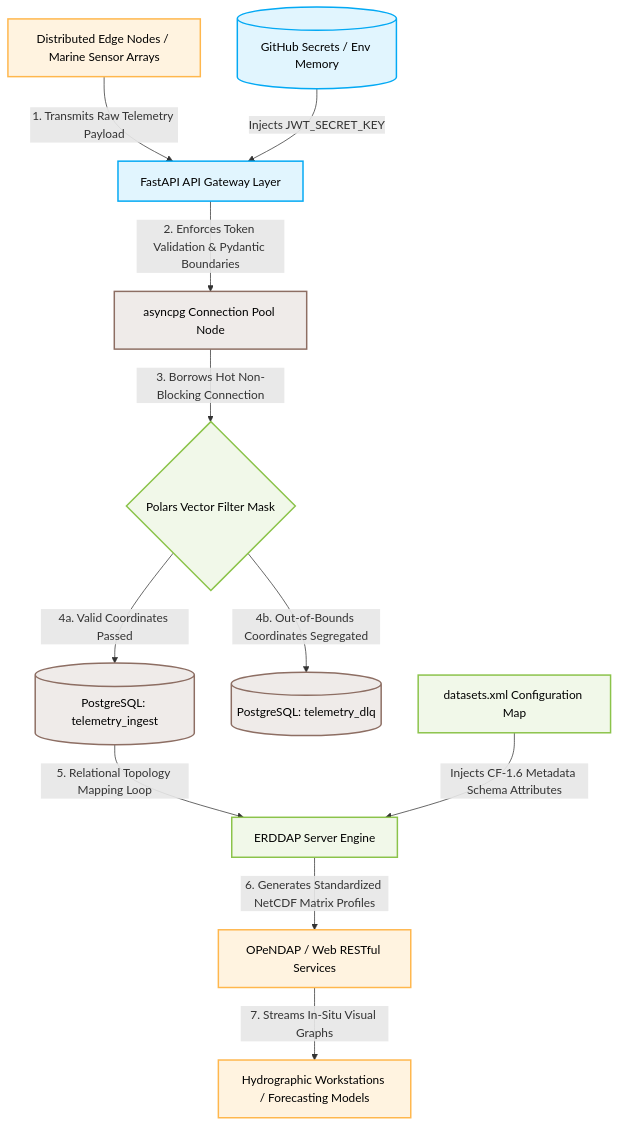
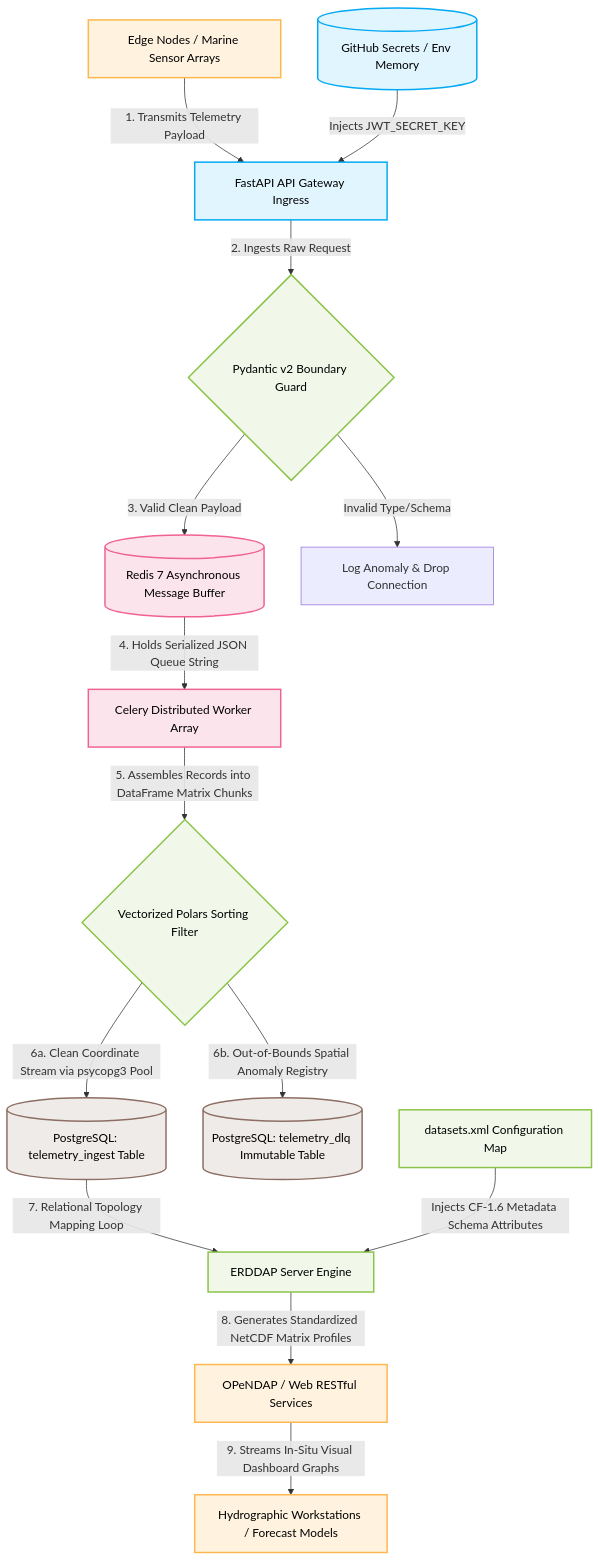
The diagram in README.md (NixonDylan/defense-telemetry-pipeline-private), drawn with Mermaid before and after one commit. The commit also changed other lines of this file, not shown here.

First line of the commit message:
Revise architectural data flow and component names

````diff
--- a/README.md
+++ b/README.md
@@ -9,42 +9,51 @@
 ```mermaid
 graph TD
     %% Define System Nodes
-    Edge[Distributed Edge Nodes / Marine Sensor Arrays]
-    Gateway[FastAPI API Gateway Layer]
+    Edge[Edge Nodes / Marine Sensor Arrays]
     Secrets[(GitHub Secrets / Env Memory)]
-    Pool[asyncpg Connection Pool Node]
-    Polars{Polars Vector Filter Mask}
-    DB_Valid[(PostgreSQL: telemetry_ingest)]
-    DB_DLQ[(PostgreSQL: telemetry_dlq)]
+    Gateway[FastAPI API Gateway Ingress]
+    Pydantic{Pydantic v2 Boundary Guard}
+    Redis[(Redis 7 Asynchronous Message Buffer)]
+    Celery[Celery Distributed Worker Array]
+    Polars{Vectorized Polars Sorting Filter}
+    DB_Valid[(PostgreSQL: telemetry_ingest Table)]
+    DB_DLQ[(PostgreSQL: telemetry_dlq Immutable Table)]
     XML[datasets.xml Configuration Map]
     ERDDAP[ERDDAP Server Engine]
     Web[OPeNDAP / Web RESTful Services]
-    Workstation[Hydrographic Workstations / Forecasting Models]
+    Workstation[Hydrographic Workstations / Forecast Models]
 
     %% Define Structural Data Flow
-    Edge -->|1. Transmits Raw Telemetry Payload| Gateway
+    Edge -->|1. Transmits Telemetry Payload| Gateway
     Secrets -->|Injects JWT_SECRET_KEY| Gateway
-    Gateway -->|2. Enforces Token Validation & Pydantic Boundaries| Pool
-    Pool -->|3. Borrows Hot Non-Blocking Connection| Polars
+    
+    Gateway -->|2. Ingests Raw Request| Pydantic
+    Pydantic -->|Invalid Type/Schema| Drop[Log Anomaly & Drop Connection]
+    Pydantic -->|3. Valid Clean Payload| Redis
+    
+    Redis -->|4. Holds Serialized JSON Queue String| Celery
+    Celery -->|5. Assembles Records into DataFrame Matrix Chunks| Polars
     
     %% Spatial Filtering Decisions
-    Polars -->|4a. Valid Coordinates Passed| DB_Valid
-    Polars -->|4b. Out-of-Bounds Coordinates Segregated| DB_DLQ
+    Polars -->|6a. Clean Coordinate Stream via psycopg3 Pool| DB_Valid
+    Polars -->|6b. Out-of-Bounds Spatial Anomaly Registry| DB_DLQ
     
-    %% Downstream Data Processing and Presentation
-    DB_Valid -->|5. Relational Topology Mapping Loop| ERDDAP
+    %% Downstream Presentation
+    DB_Valid -->|7. Relational Topology Mapping Loop| ERDDAP
     XML -->|Injects CF-1.6 Metadata Schema Attributes| ERDDAP
-    ERDDAP -->|6. Generates Standardized NetCDF Matrix Profiles| Web
-    Web -->|7. Streams In-Situ Visual Graphs| Workstation
+    ERDDAP -->|8. Generates Standardized NetCDF Matrix Profiles| Web
+    Web -->|9. Streams In-Situ Visual Dashboard Graphs| Workstation
 
     %% Applied Custom Styling Configurations
     classDef secure fill:#e1f5fe,stroke:#03a9f4,stroke-width:2px,color:#000;
+    classDef queue fill:#fce4ec,stroke:#f06292,stroke-width:2px,color:#000;
     classDef database fill:#efebe9,stroke:#8d6e63,stroke-width:2px,color:#000;
     classDef network fill:#fff3e0,stroke:#ffb74d,stroke-width:2px,color:#000;
     classDef filter fill:#f1f8e9,stroke:#8bc34a,stroke-width:2px,color:#000;
 
     class Gateway,Secrets secure;
-    class DB_Valid,DB_DLQ,Pool database;
+    class Redis,Celery queue;
+    class DB_Valid,DB_DLQ database;
     class Edge,Web,Workstation network;
-    class Polars,XML,ERDDAP filter;
+    class Polars,Pydantic,XML,ERDDAP filter;
 ```
````
